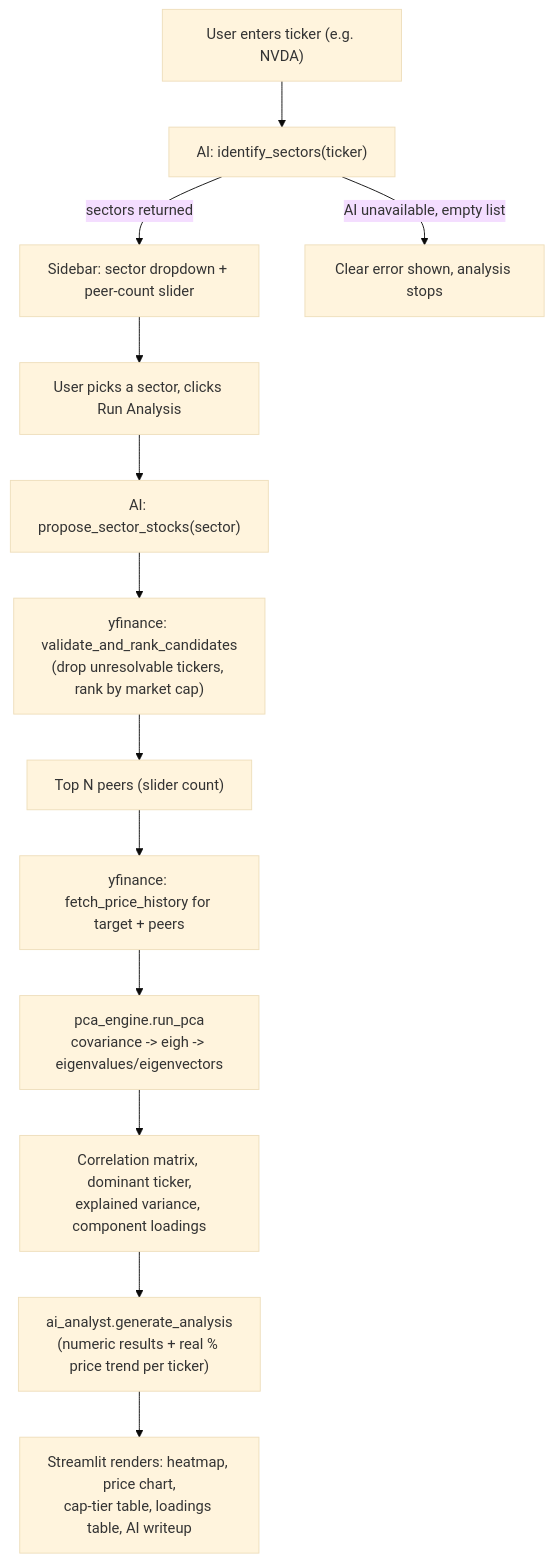
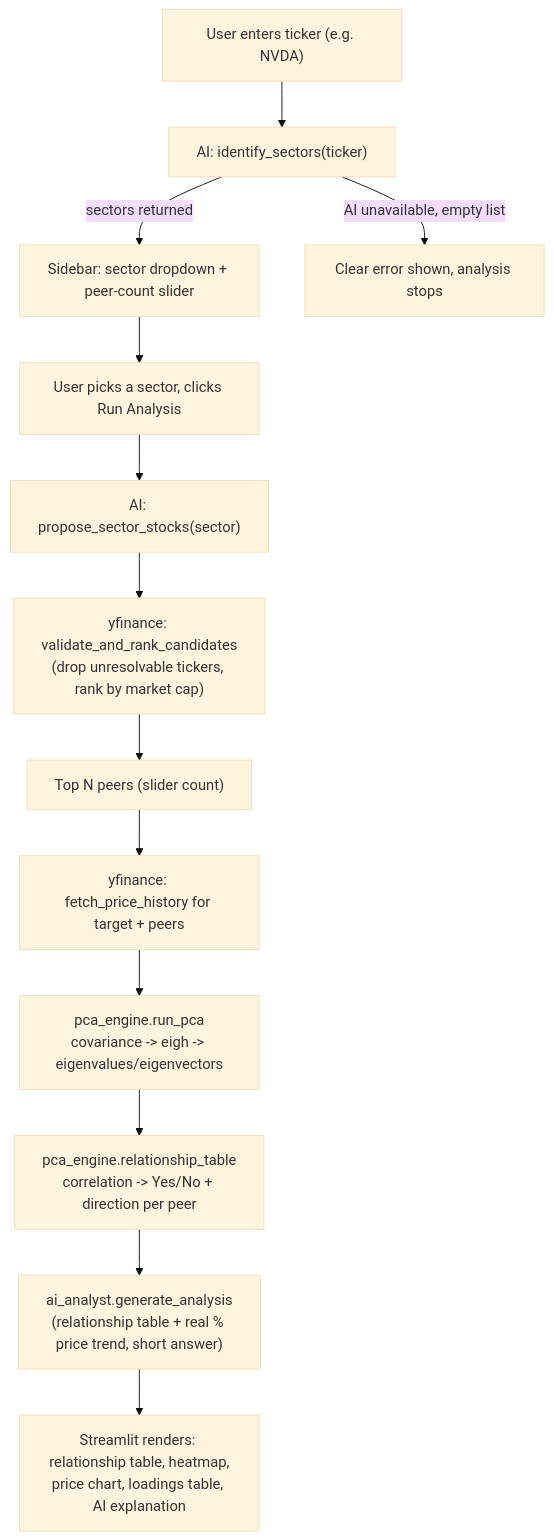
The second of 2 diagrams in README.md (chichihayes/ai-sector-eigen-correlation-explorer), drawn with Mermaid (base theme) before and after one commit. The commit also changed other lines of this file and 3 other files, not shown here.

First line of the commit message:
Replace AI narrative with a direct Yes/No relationship table

````diff
--- a/README.md
+++ b/README.md
@@ -64,15 +72,15 @@
 ```mermaid
 flowchart TD
     A["User enters ticker (e.g. NVDA)"] --> B["AI: identify_sectors(ticker)"]
     B -->|sectors returned| C["Sidebar: sector dropdown + peer-count slider"]
     B -->|AI unavailable, empty list| Z["Clear error shown, analysis stops"]
     C --> E["User picks a sector, clicks Run Analysis"]
     E --> G["AI: propose_sector_stocks(sector)"]
     G --> H["yfinance: validate_and_rank_candidates<br/>(drop unresolvable tickers, rank by market cap)"]
     H --> I["Top N peers (slider count)"]
     I --> K["yfinance: fetch_price_history for target + peers"]
     K --> L["pca_engine.run_pca<br/>covariance -> eigh -> eigenvalues/eigenvectors"]
-    L --> M["Correlation matrix, dominant ticker,<br/>explained variance, component loadings"]
-    M --> N["ai_analyst.generate_analysis<br/>(numeric results + real % price trend per ticker)"]
-    N --> O["Streamlit renders: heatmap, price chart,<br/>cap-tier table, loadings table, AI writeup"]
+    L --> M["pca_engine.relationship_table<br/>correlation -> Yes/No + direction per peer"]
+    M --> N["ai_analyst.generate_analysis<br/>(relationship table + real % price trend, short answer)"]
+    N --> O["Streamlit renders: relationship table, heatmap,<br/>price chart, loadings table, AI explanation"]
 ```
````
